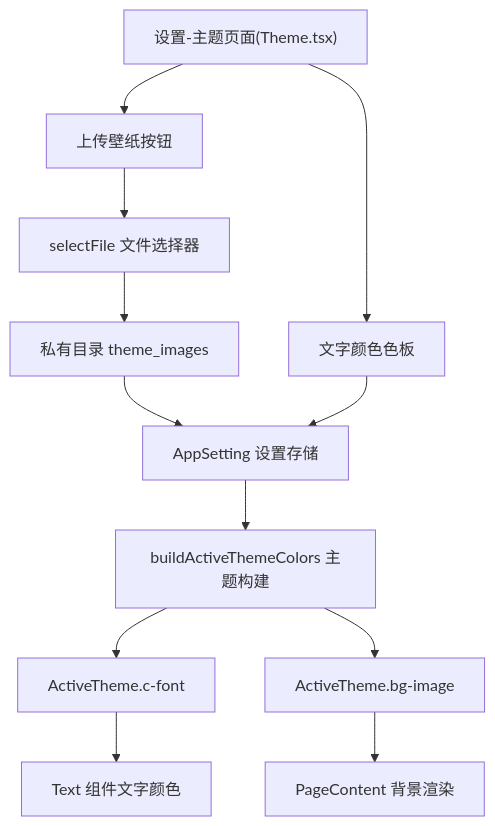
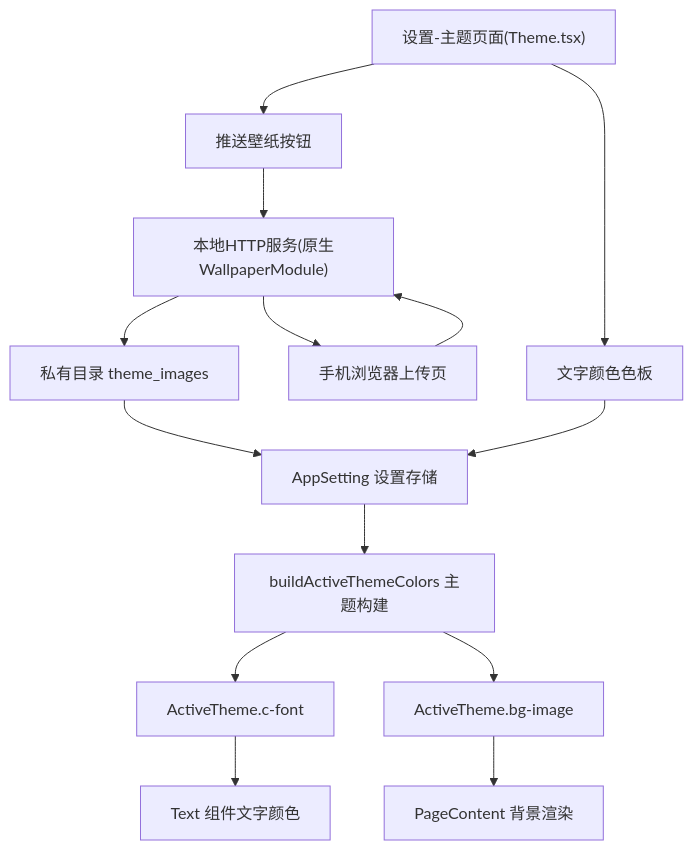
One commit to bimoshuxinghe/lx-music-tv changed the diagram in .monkeycode/specs/2026-08-15-wallpaper-and-font-color/design.md. Above: the diagram before and after it, drawn with Mermaid. The commit also changed other lines of this file and 2 other files, not shown here.

````diff
--- a/.monkeycode/specs/2026-08-15-wallpaper-and-font-color/design.md
+++ b/.monkeycode/specs/2026-08-15-wallpaper-and-font-color/design.md
@@ -12,25 +12,28 @@
 ```mermaid
 graph TD
     A["设置-主题页面(Theme.tsx)"]
-    B["上传壁纸按钮"]
+    B["推送壁纸按钮"]
     C["文字颜色色板"]
-    D["selectFile 文件选择器"]
-    E["私有目录 theme_images"]
-    F["AppSetting 设置存储"]
-    G["buildActiveThemeColors 主题构建"]
-    H["ActiveTheme.c-font"]
-    I["ActiveTheme.bg-image"]
-    J["PageContent 背景渲染"]
-    K["Text 组件文字颜色"]
+    D["本地HTTP服务(原生WallpaperModule)"]
+    E["手机浏览器上传页"]
+    F["私有目录 theme_images"]
+    G["AppSetting 设置存储"]
+    H["buildActiveThemeColors 主题构建"]
+    I["ActiveTheme.c-font"]
+    J["ActiveTheme.bg-image"]
+    K["PageContent 背景渲染"]
+    L["Text 组件文字颜色"]
     A --> B
     A --> C
     B --> D
     D --> E
-    E --> F
-    C --> F
+    E --> D
+    D --> F
     F --> G
+    C --> G
     G --> H
-    G --> I
-    H --> K
-    I --> J
+    H --> I
+    H --> J
+    I --> L
+    J --> K
 ```
````
